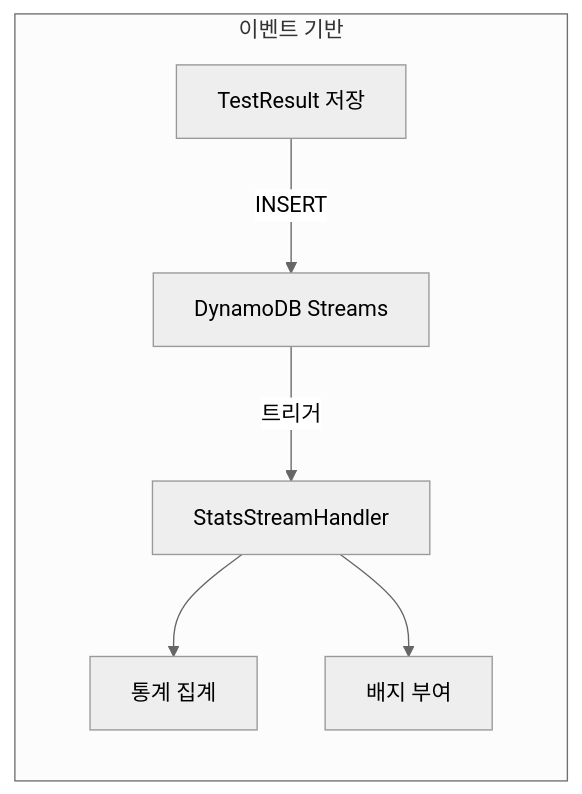
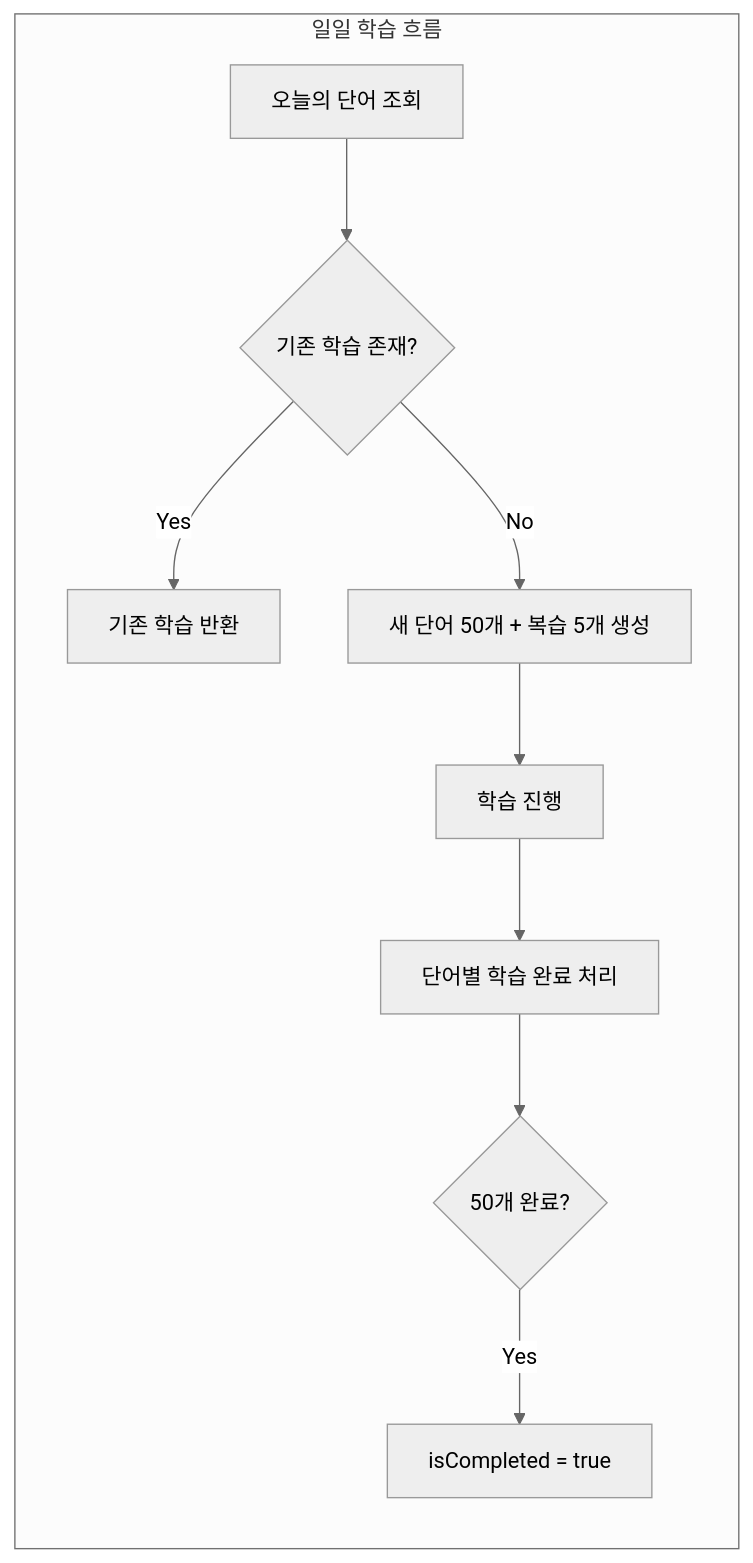
One commit to Language-Study-Prooject/BE_Repository changed the second of 8 diagrams in docs/MIDTERM-REPORT.md. Above: the diagram before and after it, drawn with Mermaid (neutral theme). The commit also changed other lines of this file, not shown here.

````diff
--- a/docs/MIDTERM-REPORT.md
+++ b/docs/MIDTERM-REPORT.md
@@ -142,9 +83,12 @@
 ```mermaid
 flowchart LR
-    subgraph EventDriven["이벤트 기반"]
-        A[TestResult 저장] -->|INSERT| B[DynamoDB Streams]
-        B -->|트리거| C[StatsStreamHandler]
-        C --> D[통계 집계]
-        C --> E[배지 부여]
+    subgraph DailyStudy["일일 학습 흐름"]
+        A[오늘의 단어 조회] --> B{기존 학습 존재?}
+        B -->|Yes| C[기존 학습 반환]
+        B -->|No| D[새 단어 50개 + 복습 5개 생성]
+        D --> E[학습 진행]
+        E --> F[단어별 학습 완료 처리]
+        F --> G{50개 완료?}
+        G -->|Yes| H[isCompleted = true]
     end
 ```
````
